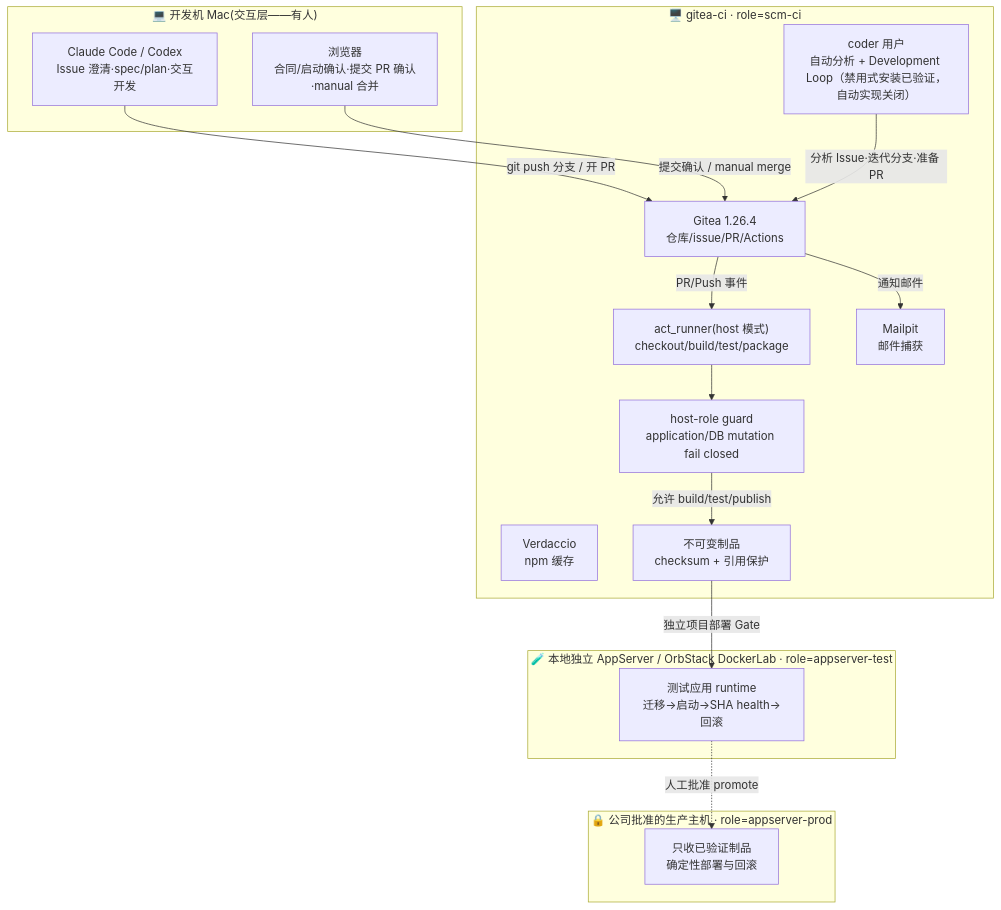
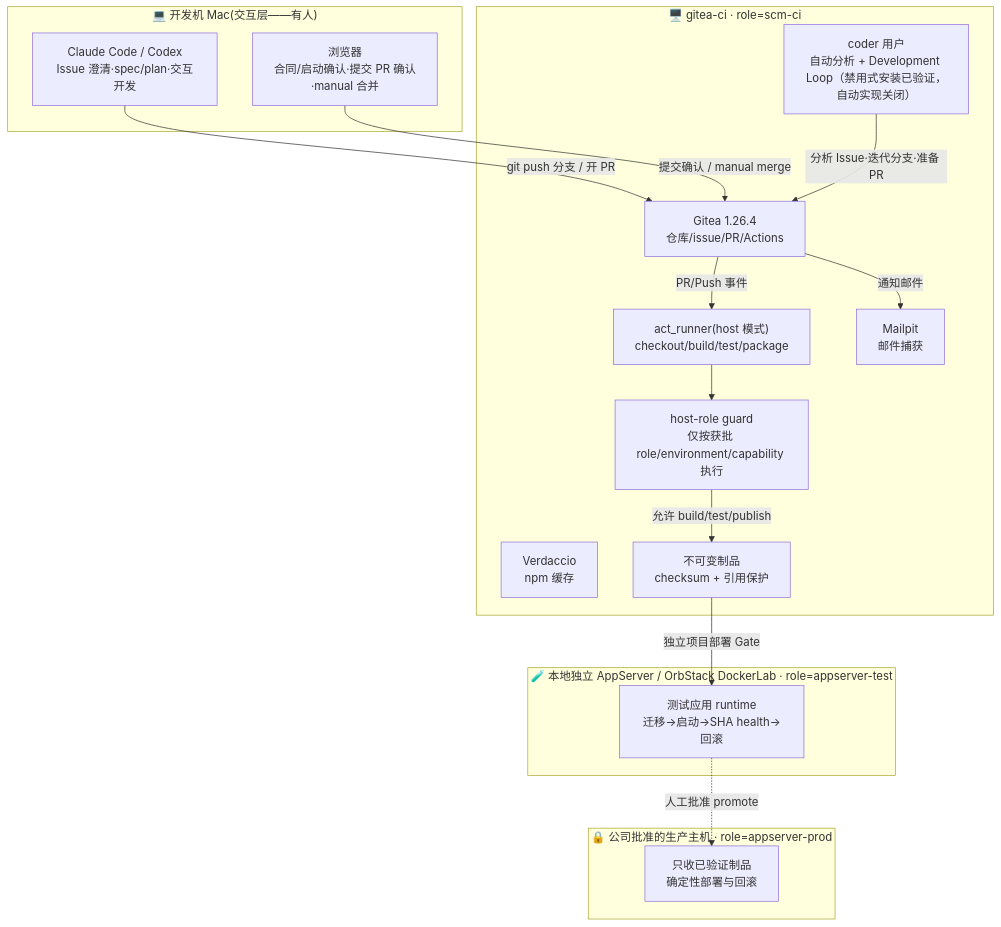
Before and after one commit to BenQue/AIGitea: the first of 2 diagrams in README.md, drawn with Mermaid. The commit also changed other lines of this file and 22 other files, not shown here.

````diff
--- a/README.md
+++ b/README.md
@@ -41,35 +49,35 @@
 ```mermaid
 flowchart TB
     subgraph MAC["💻 开发机 Mac(交互层——有人)"]
         DEV["Claude Code / Codex<br/>Issue 澄清·spec/plan·交互开发"]
         BROWSER["浏览器<br/>合同/启动确认·提交 PR 确认·manual 合并"]
     end
 
     subgraph VM1["🖥️ gitea-ci · role=scm-ci"]
         GITEA["Gitea 1.26.4<br/>仓库/issue/PR/Actions"]
         RUNNER["act_runner(host 模式)<br/>checkout/build/test/package"]
         AGENT["coder 用户<br/>自动分析 + Development Loop（禁用式安装已验证，自动实现关闭）"]
         VERD["Verdaccio<br/>npm 缓存"]
         MAIL["Mailpit<br/>邮件捕获"]
         ART["不可变制品<br/>checksum + 引用保护"]
-        GUARD["host-role guard<br/>application/DB mutation fail closed"]
+        GUARD["host-role guard<br/>仅按获批 role/environment/capability 执行"]
     end
 
     subgraph TESTHOST["🧪 本地独立 AppServer / OrbStack DockerLab · role=appserver-test"]
         TEST["测试应用 runtime<br/>迁移→启动→SHA health→回滚"]
     end
 
     subgraph PRODHOST["🔒 公司批准的生产主机 · role=appserver-prod"]
         PROD["只收已验证制品<br/>确定性部署与回滚"]
     end
 
     DEV -->|"git push 分支 / 开 PR"| GITEA
     BROWSER -->|"提交确认 / manual merge"| GITEA
     AGENT -->|"分析 Issue·迭代分支·准备 PR"| GITEA
     GITEA -->|"PR/Push 事件"| RUNNER
     RUNNER --> GUARD
     GUARD -->|"允许 build/test/publish"| ART
     ART -->|"独立项目部署 Gate"| TEST
     TEST -.->|"人工批准 promote"| PROD
     GITEA -->|"通知邮件"| MAIL
 ```
````
